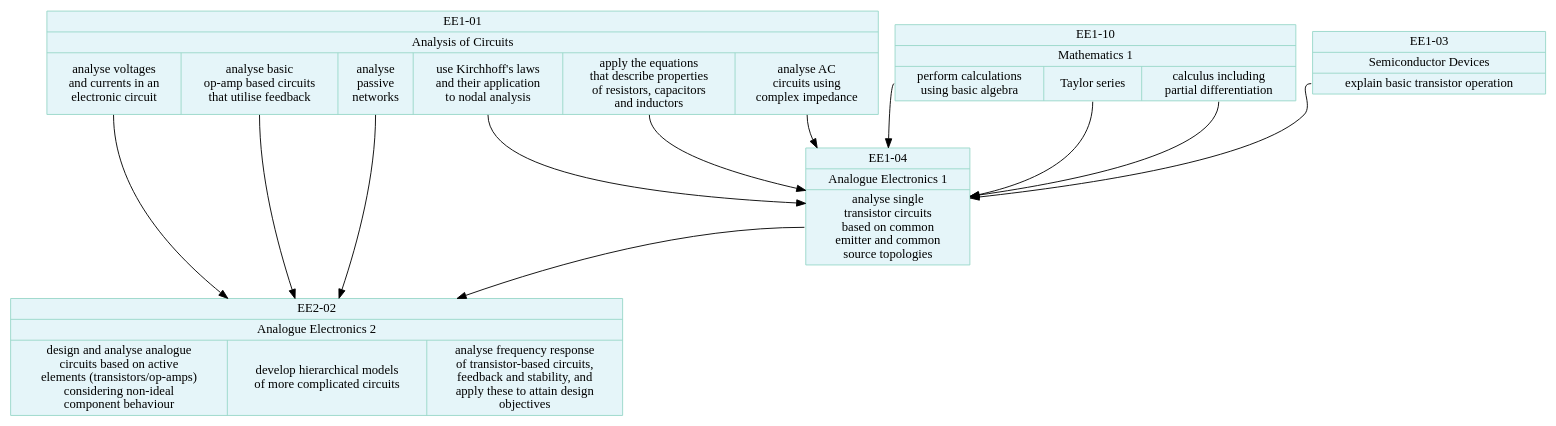
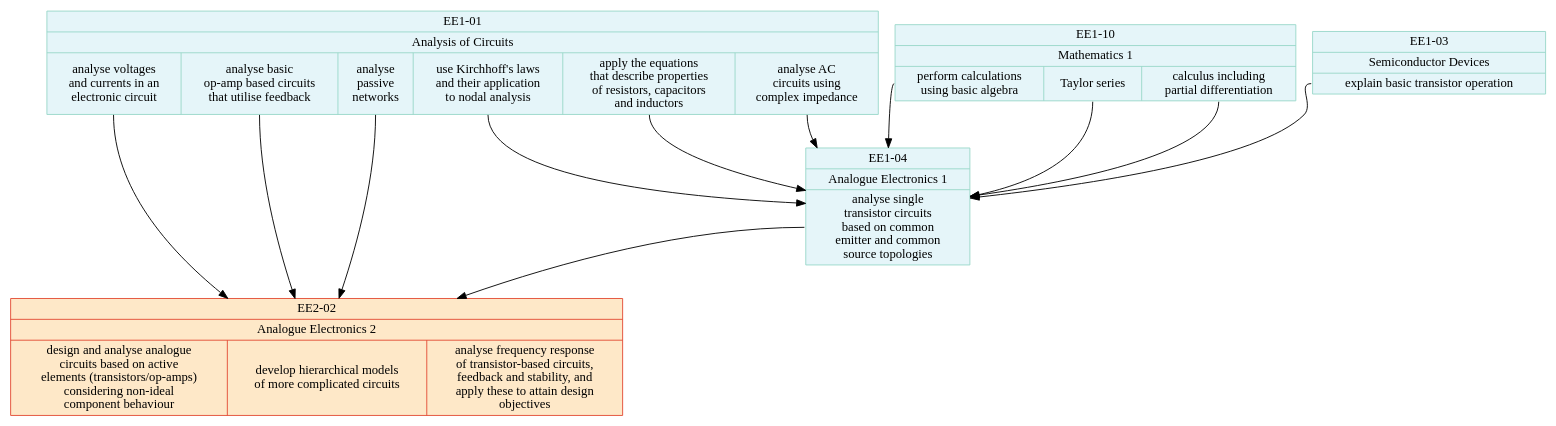
The diagram in modules.dot (johnwickerson/ee_modules), drawn with Graphviz before and after one commit. The commit also changed 1 other file, not shown here.

```diff
--- a/modules.dot
+++ b/modules.dot
@@ -1,45 +1,48 @@
 digraph {
     
-    node[shape=record, color="#99d8c9", fillcolor="#e5f5f9", style="filled"];
+    node[shape=record, style="filled"];
+    node[color="#99d8c9", fillcolor="#e5f5f9"];
     
     EE101 [label="{EE1-01 | Analysis of Circuits | {
         <1>analyse voltages\nand currents in an\nelectronic circuit | 
         <2>analyse basic\nop-amp based circuits\nthat utilise feedback | 
         <3>analyse\npassive\nnetworks |
         <4>use Kirchhoff's laws\nand their application\nto nodal analysis |
         <5>apply the equations\nthat describe properties\nof resistors, capacitors\nand inductors |
         <6>analyse AC\ncircuits using\ncomplex impedance
     }}"];
 
     EE110 [label="{EE1-10 | Mathematics 1 | {
         <1>perform calculations\nusing basic algebra |
 	<2>Taylor series |
 	<3>calculus including\npartial differentiation
     }}"];
 
     EE103 [label="{EE1-03 | Semiconductor Devices | {
         <1>explain basic transistor operation
     }}"];
     
     EE104 [label="{EE1-04 | Analogue Electronics 1 | {
         <1>analyse single\ntransistor circuits\nbased on common\nemitter and common\nsource topologies
     }}"];
     EE101:4 -> EE104;
     EE101:5 -> EE104;
     EE101:6 -> EE104;
     EE110:1 -> EE104;
     EE110:2 -> EE104;
     EE110:3 -> EE104;
     EE103:1 -> EE104;
-    
+
+    node[color="#e34a33", fillcolor="#fee8c8"];
+
     EE202 [label="{EE2-02 | Analogue Electronics 2 | {
         <1>design and analyse analogue\ncircuits based on active\nelements (transistors/op-amps)\nconsidering non-ideal\ncomponent behaviour |
         <2>develop hierarchical models\nof more complicated circuits |
         <3>analyse frequency response\nof transistor-based circuits,\nfeedback and stability, and\napply these to attain design\nobjectives
     }}"];
     EE101:1 -> EE202;
     EE101:2 -> EE202;
     EE101:3 -> EE202;
     EE104:1 -> EE202;
 
 }
```
